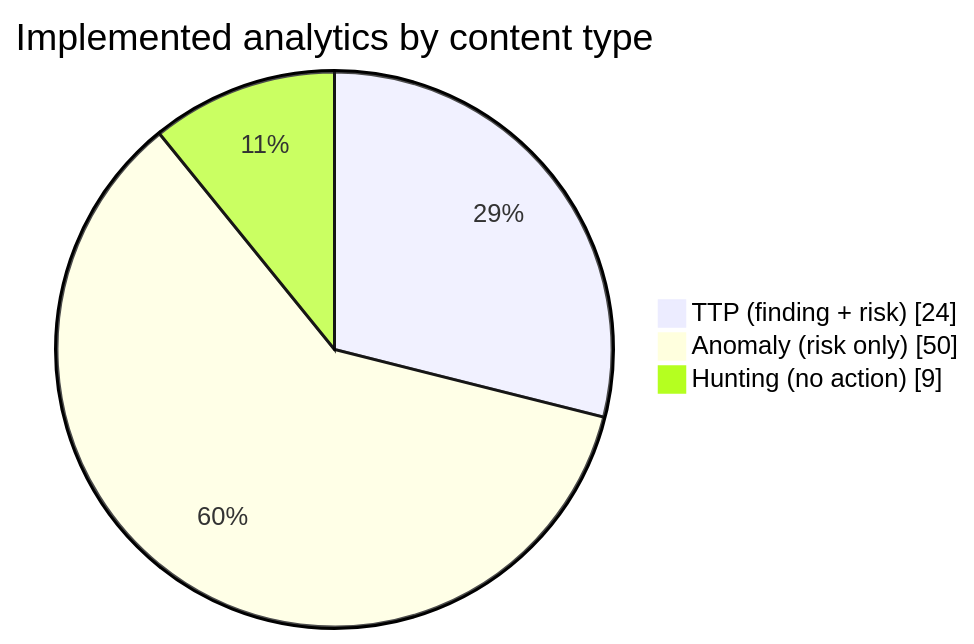
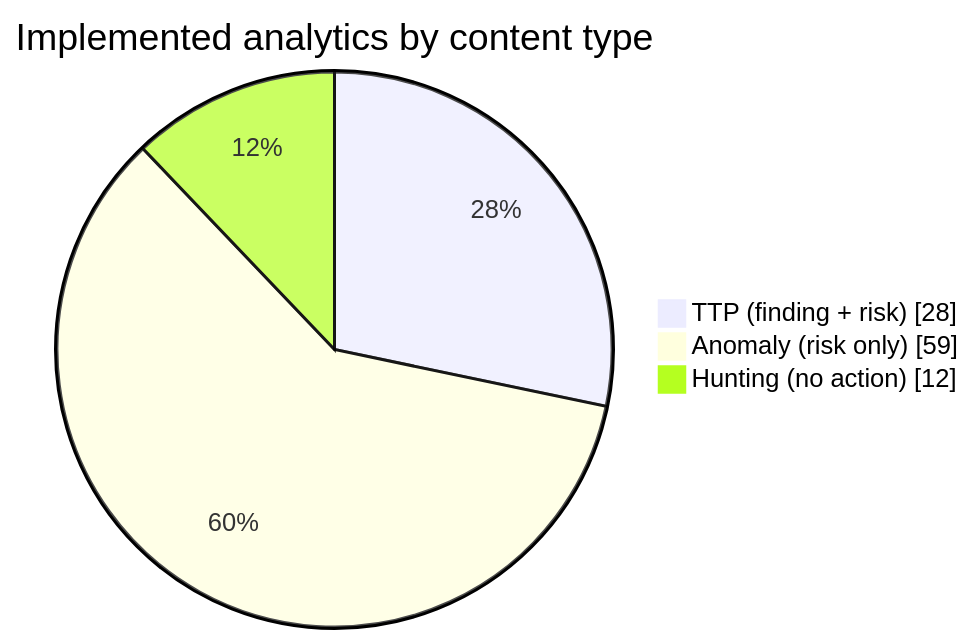
One commit to dev-nobytes-io/mitre-defensive-mappings-spl changed the first of 2 diagrams in docs/analytics/README.md. Above: the diagram before and after it, drawn with Mermaid. The commit also changed other lines of this file and 53 other files, not shown here.

````diff
--- a/docs/analytics/README.md
+++ b/docs/analytics/README.md
@@ -5,7 +5,7 @@
 ```mermaid
 pie showData
     title Implemented analytics by content type
-    "TTP (finding + risk)" : 24
-    "Anomaly (risk only)" : 50
-    "Hunting (no action)" : 9
+    "TTP (finding + risk)" : 28
+    "Anomaly (risk only)" : 59
+    "Hunting (no action)" : 12
 ```
````
